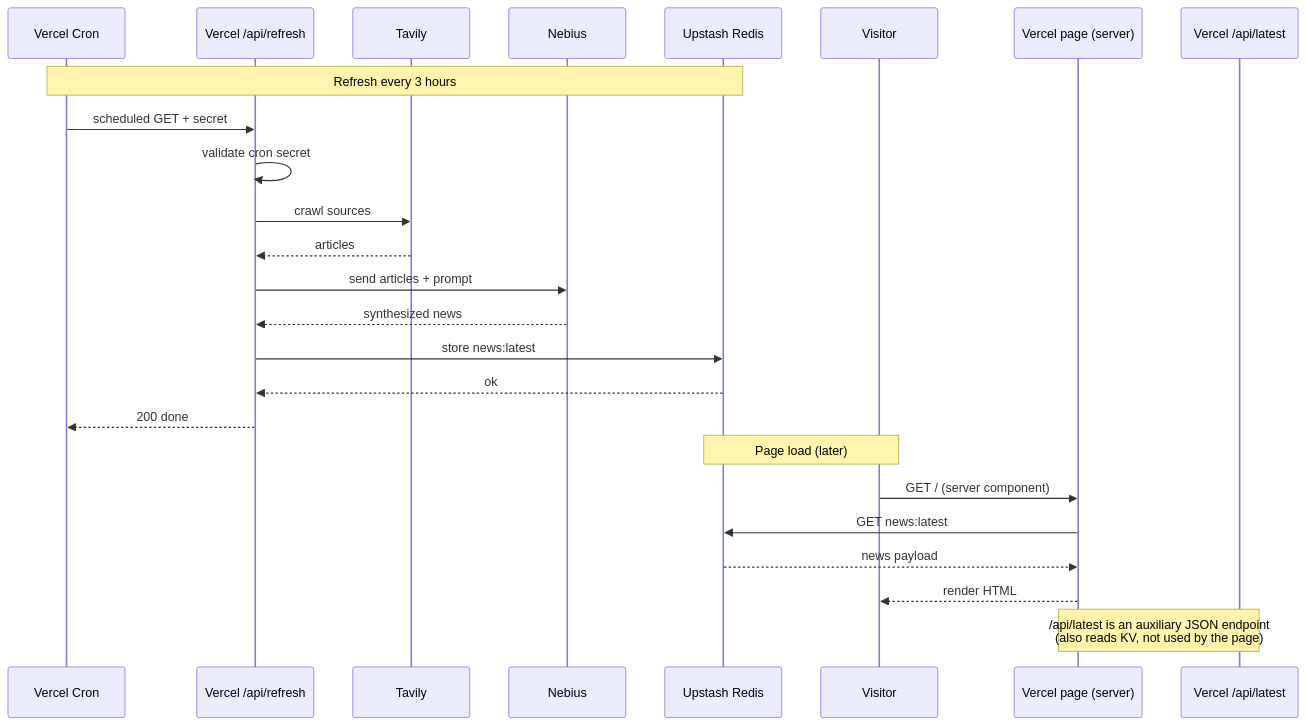
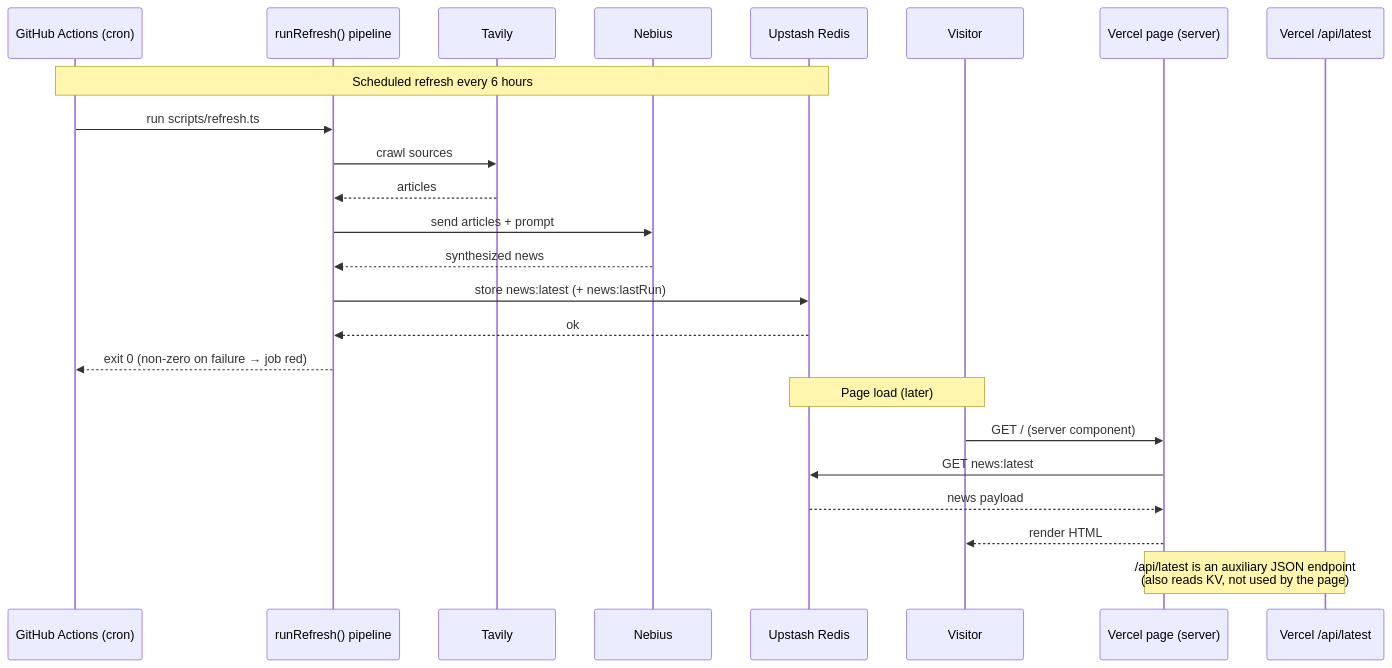
One commit to heyolgak/the-news-of-the-day changed the diagram in RFC.md. Above: the diagram before and after it, drawn with Mermaid. The commit also changed other lines of this file and 8 other files, not shown here.

````diff
--- a/RFC.md
+++ b/RFC.md
@@ -34,29 +34,28 @@
 ```mermaid
 sequenceDiagram
-  participant C as Vercel Cron
-  participant R as Vercel /api/refresh
+  participant C as GitHub Actions (cron)
+  participant R as runRefresh() pipeline
   participant T as Tavily
   participant N as Nebius
   participant KV as Upstash Redis
   participant V as Visitor
   participant P as Vercel page (server)
   participant L as Vercel /api/latest
 
-  Note over C,KV: Refresh every 3 hours
-  C->>R: scheduled GET + secret
-  R->>R: validate cron secret
+  Note over C,KV: Scheduled refresh every 6 hours
+  C->>R: run scripts/refresh.ts
   R->>T: crawl sources
   T-->>R: articles
   R->>N: send articles + prompt
   N-->>R: synthesized news
-  R->>KV: store news:latest
+  R->>KV: store news:latest (+ news:lastRun)
   KV-->>R: ok
-  R-->>C: 200 done
+  R-->>C: exit 0 (non-zero on failure → job red)
 
   Note over V,KV: Page load (later)
   V->>P: GET / (server component)
   P->>KV: GET news:latest
   KV-->>P: news payload
   P-->>V: render HTML
   Note over P,L: /api/latest is an auxiliary JSON endpoint<br/>(also reads KV, not used by the page)
 ```
````
